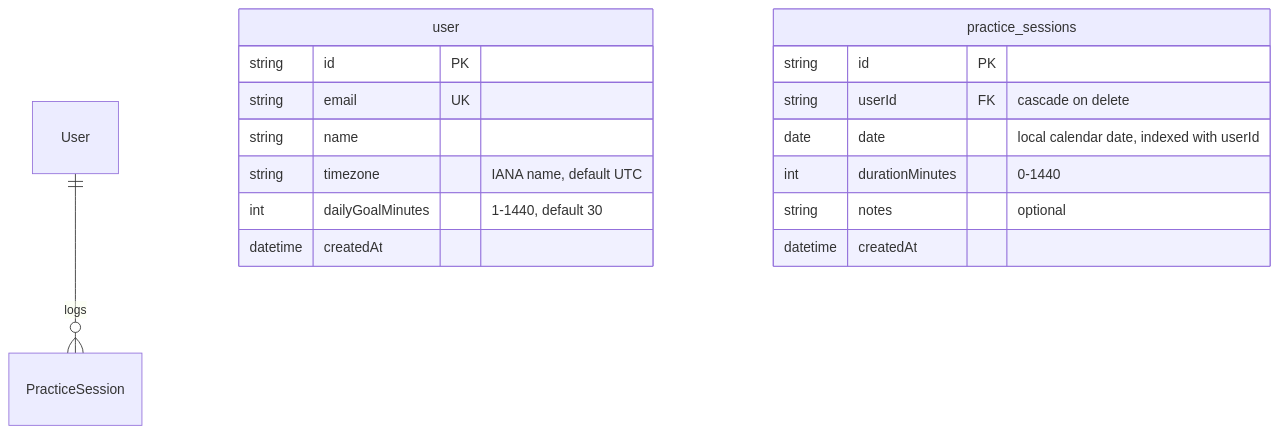
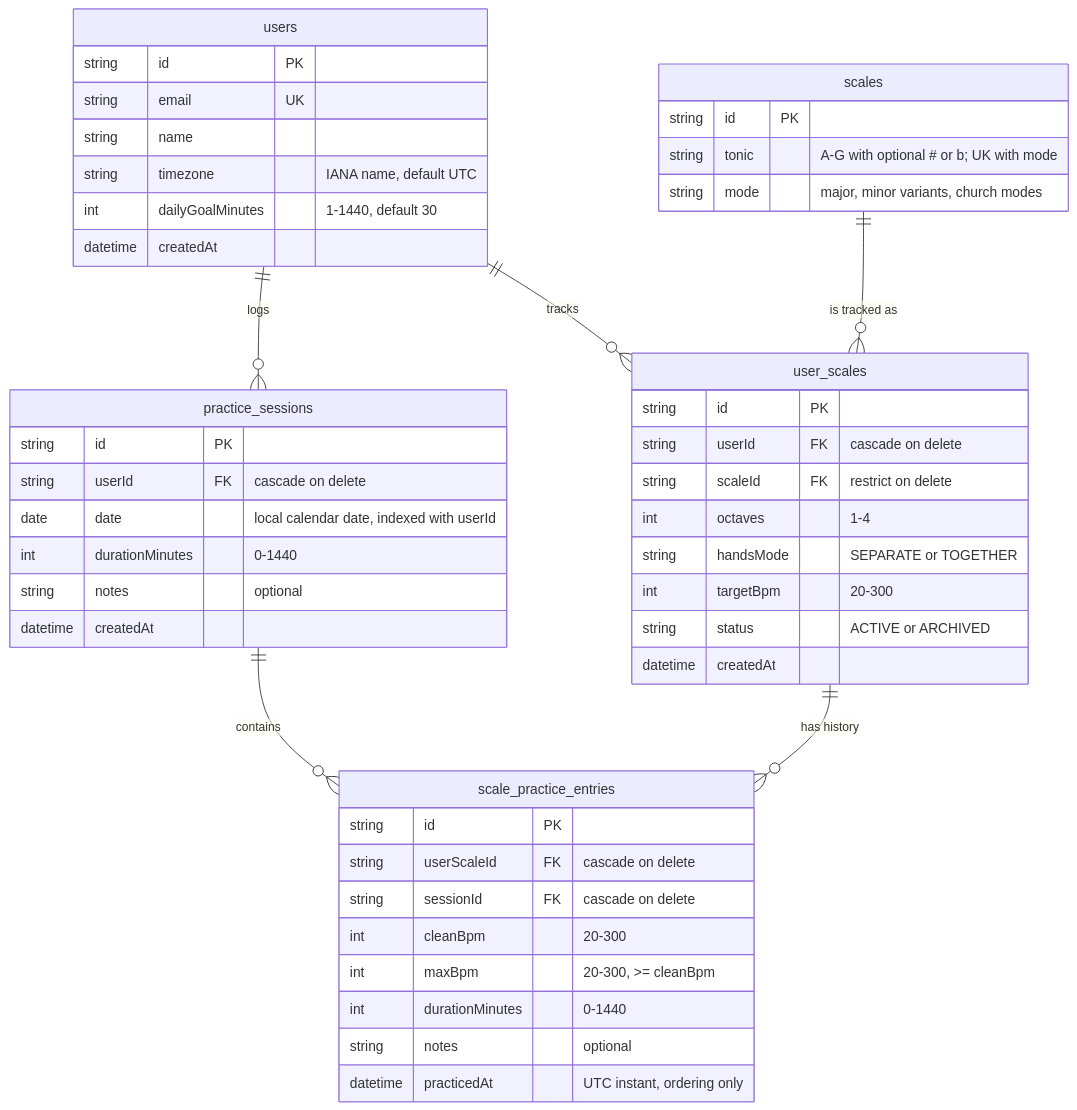
The diagram in docs/erd.md (mgonzalezdicarlo/easymusic), drawn with Mermaid before and after one commit. The commit also changed other lines of this file and 2 other files, not shown here.

Commit message:
feat(database): add scale catalog and tracking models (E2-03)

````diff
--- a/docs/erd.md
+++ b/docs/erd.md
@@ -6,22 +6,54 @@
 ```mermaid
 erDiagram
-  User ||--o{ PracticeSession : "logs"
+  users ||--o{ practice_sessions : "logs"
+  users ||--o{ user_scales : "tracks"
+  scales ||--o{ user_scales : "is tracked as"
+  user_scales ||--o{ scale_practice_entries : "has history"
+  practice_sessions ||--o{ scale_practice_entries : "contains"
 
-  user {
+  users {
     string id PK
     string email UK
     string name
     string timezone "IANA name, default UTC"
     int dailyGoalMinutes "1-1440, default 30"
     datetime createdAt
   }
 
   practice_sessions {
     string id PK
     string userId FK "cascade on delete"
     date date "local calendar date, indexed with userId"
     int durationMinutes "0-1440"
     string notes "optional"
     datetime createdAt
   }
+
+  scales {
+    string id PK
+    string tonic "A-G with optional # or b; UK with mode"
+    string mode "major, minor variants, church modes"
+  }
+
+  user_scales {
+    string id PK
+    string userId FK "cascade on delete"
+    string scaleId FK "restrict on delete"
+    int octaves "1-4"
+    string handsMode "SEPARATE or TOGETHER"
+    int targetBpm "20-300"
+    string status "ACTIVE or ARCHIVED"
+    datetime createdAt
+  }
+
+  scale_practice_entries {
+    string id PK
+    string userScaleId FK "cascade on delete"
+    string sessionId FK "cascade on delete"
+    int cleanBpm "20-300"
+    int maxBpm "20-300, >= cleanBpm"
+    int durationMinutes "0-1440"
+    string notes "optional"
+    datetime practicedAt "UTC instant, ordering only"
+  }
 ```
````
